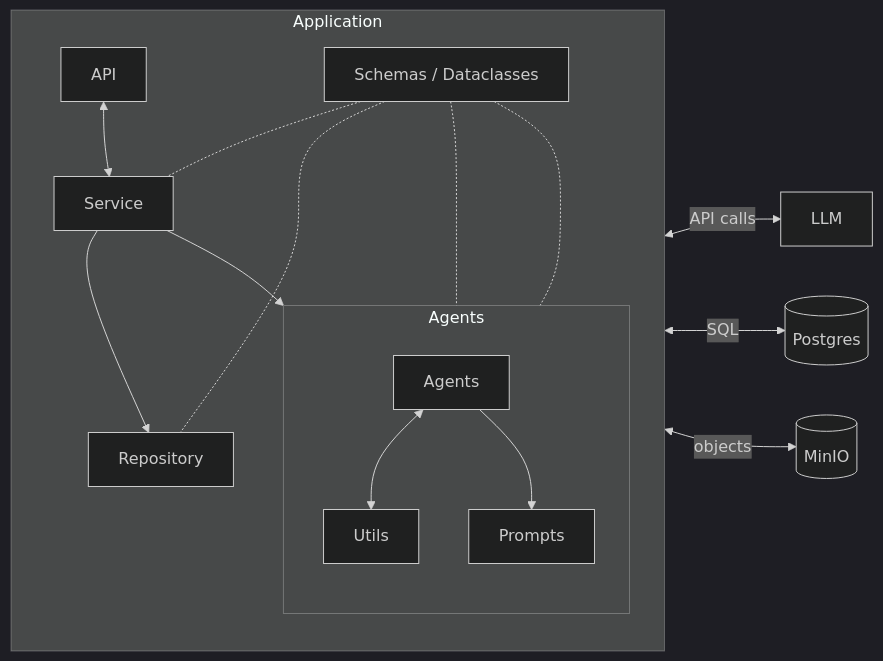
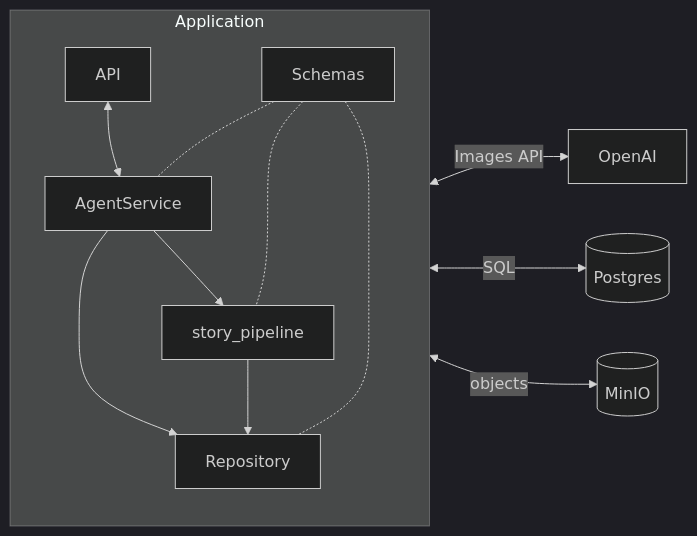
The diagram in README.md (awnt9/storybook_agent), drawn with Mermaid (dark theme) before and after one commit. The commit also changed other lines of this file, not shown here.

````diff
--- a/README.md
+++ b/README.md
@@ -33,38 +76,28 @@
 ```mermaid
 flowchart LR
-    LLM[LLM]
+    LLM[OpenAI]
 
     subgraph app["Application"]
         direction TB
         API[API]
-        Service[Service]
-
-        subgraph agents_area["Agents"]
-            direction TB
-            Agents[Agents]
-            Utils[Utils]
-            Prompts[Prompts]
-            Agents <--> Utils
-            Agents --> Prompts
-        end
-
+        Service[AgentService]
+        Pipeline[story_pipeline]
         Repo[Repository]
-        Schemas["Schemas / Dataclasses"]
+        Schemas[Schemas]
 
         API <--> Service
-        Service --> Agents
+        Service --> Pipeline
         Service --> Repo
-
+        Pipeline --> Repo
         Schemas -.- Service
-        Schemas -.- Agents
-        Schemas -.- Utils
+        Schemas -.- Pipeline
         Schemas -.- Repo
     end
 
     PG[(Postgres)]
     MINIO[(MinIO)]
 
-    Agents <-->|API calls| LLM
+    Pipeline <-->|Images API| LLM
     Repo <-->|SQL| PG
     Repo <-->|objects| MINIO
 ```
````
